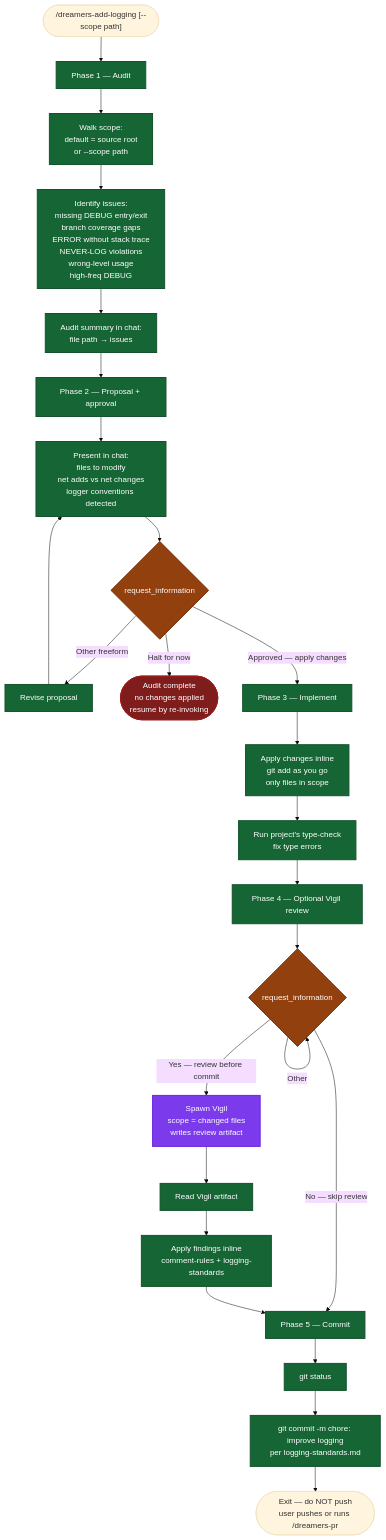
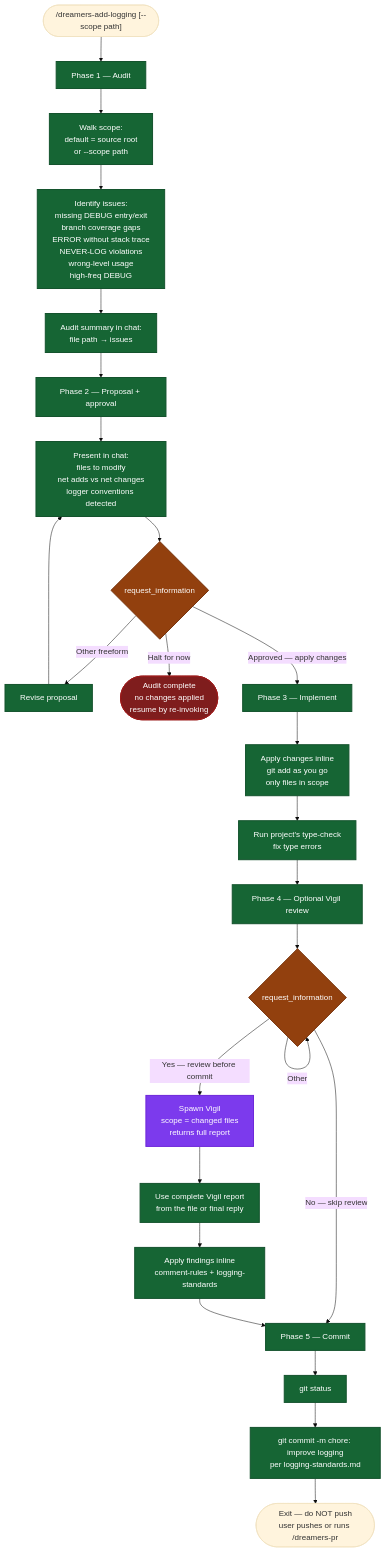
The diagram in .github/skills/dreamers-add-logging/readme.md (mrStorrs/dreamers-copilot), drawn with Mermaid (base theme) before and after one commit. The commit also changed other lines of this file and 34 other files, not shown here.

````diff
--- a/.github/skills/dreamers-add-logging/readme.md
+++ b/.github/skills/dreamers-add-logging/readme.md
@@ -5,42 +5,42 @@
 ```mermaid
 flowchart TD
     Start(["/dreamers-add-logging [--scope path]"]) --> P1
 
     P1["Phase 1 — Audit"] --> Walk["Walk scope:<br/>default = source root<br/>or --scope path"]
     Walk --> Identify["Identify issues:<br/>missing DEBUG entry/exit<br/>branch coverage gaps<br/>ERROR without stack trace<br/>NEVER-LOG violations<br/>wrong-level usage<br/>high-freq DEBUG"]
     Identify --> Summary["Audit summary in chat:<br/>file path → issues"]
     Summary --> P2
 
     P2["Phase 2 — Proposal + approval"] --> Propose["Present in chat:<br/>files to modify<br/>net adds vs net changes<br/>logger conventions detected"]
     Propose --> ApprovalGate{"request_information"}
     ApprovalGate -->|Other freeform| Revise["Revise proposal"]
     Revise --> Propose
     ApprovalGate -->|Halt for now| HaltA(["Audit complete<br/>no changes applied<br/>resume by re-invoking"])
     ApprovalGate -->|Approved — apply changes| P3
 
     P3["Phase 3 — Implement"] --> Apply["Apply changes inline<br/>git add as you go<br/>only files in scope"]
     Apply --> TypeCheck["Run project's type-check<br/>fix type errors"]
     TypeCheck --> P4
 
     P4["Phase 4 — Optional Vigil review"] --> ReviewGate{"request_information"}
     ReviewGate -->|Other| ReviewGate
     ReviewGate -->|No — skip review| P5
-    ReviewGate -->|Yes — review before commit| SpawnVigil["Spawn Vigil<br/>scope = changed files<br/>writes review artifact"]
-    SpawnVigil --> ReadArtifact["Read Vigil artifact"]
+    ReviewGate -->|Yes — review before commit| SpawnVigil["Spawn Vigil<br/>scope = changed files<br/>returns full report"]
+    SpawnVigil --> ReadArtifact["Use complete Vigil report<br/>from the file or final reply"]
     ReadArtifact --> ApplyFindings["Apply findings inline<br/>comment-rules + logging-standards"]
     ApplyFindings --> P5
 
     P5["Phase 5 — Commit"] --> Status["git status"]
     Status --> Commit["git commit -m chore: improve logging<br/>per logging-standards.md"]
     Commit --> End(["Exit — do NOT push<br/>user pushes or runs /dreamers-pr"])
 
     classDef gate fill:#92400e,stroke:#78350f,stroke-width:2px,color:#fff
     classDef halt fill:#7f1d1d,stroke:#991b1b,stroke-width:2px,color:#fff
     classDef phase fill:#166534,stroke:#14532d,stroke-width:2px,color:#fff
     classDef agent fill:#7c3aed,stroke:#6d28d9,stroke-width:2px,color:#fff
 
     class ApprovalGate,ReviewGate gate
     class HaltA halt
     class SpawnVigil agent
     class P1,P2,P3,P4,P5,Walk,Identify,Summary,Propose,Revise,Apply,TypeCheck,ReadArtifact,ApplyFindings,Status,Commit phase
 ```
````
